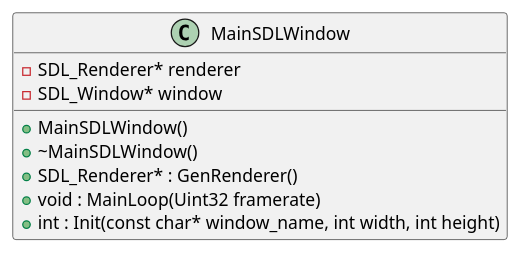
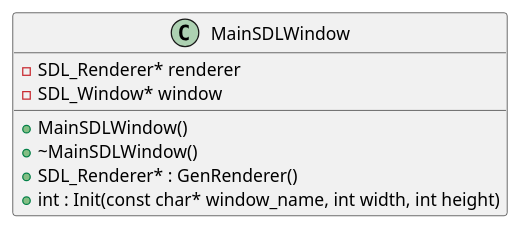
The diagram in uml/classes.puml (Ytaki2134/gtech1-b20-snake), drawn with PlantUML before and after one commit. The commit also changed 3 other files, not shown here.

```diff
--- a/uml/classes.puml
+++ b/uml/classes.puml
@@ -1,11 +1,10 @@
 @startuml
 class MainSDLWindow{
   -SDL_Renderer* renderer
   -SDL_Window* window
   +MainSDLWindow()
   +~MainSDLWindow()
   +SDL_Renderer* : GenRenderer()
-  +void : MainLoop(Uint32 framerate)
   +int : Init(const char* window_name, int width, int height)
 }
 @enduml
```
